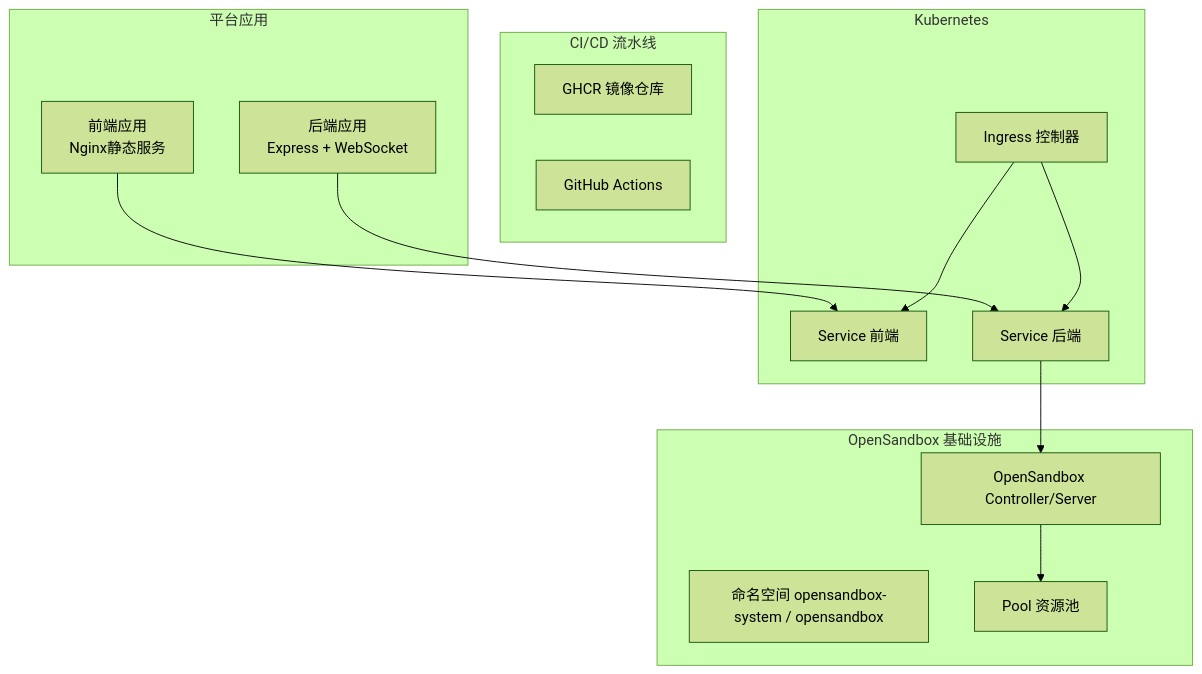
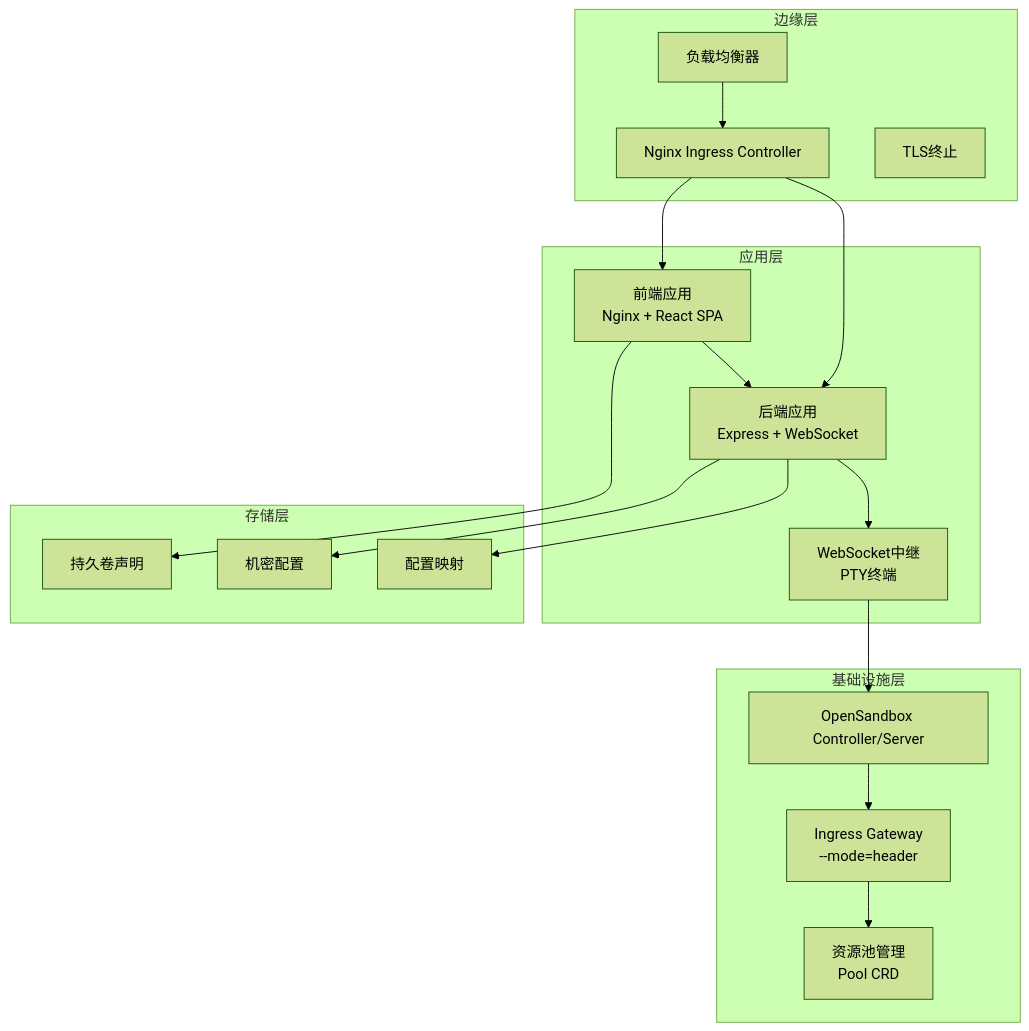
One commit to RabbitAI-Lab/Sandbox-Manager changed the first of 4 diagrams in .qoder/repowiki/zh/content/部署与运维/部署与运维.md. Above: the diagram before and after it, drawn with Mermaid (forest theme). The commit also changed other lines of this file and 15 other files, not shown here.

````diff
--- a/.qoder/repowiki/zh/content/部署与运维/部署与运维.md
+++ b/.qoder/repowiki/zh/content/部署与运维/部署与运维.md
@@ -61,27 +54,34 @@
 ```mermaid
 graph TB
-subgraph "CI/CD 流水线"
-GHCR["GHCR 镜像仓库"]
-GA["GitHub Actions"]
+subgraph "边缘层"
+LB["负载均衡器"]
+Ingress["Nginx Ingress Controller"]
+TLS["TLS终止"]
 end
-subgraph "平台应用"
-FE["前端应用<br/>Nginx静态服务"]
+subgraph "应用层"
+FE["前端应用<br/>Nginx + React SPA"]
 BE["后端应用<br/>Express + WebSocket"]
+WS["WebSocket中继<br/>PTY终端"]
 end
-subgraph "Kubernetes"
-SVC_FE["Service 前端"]
-SVC_BE["Service 后端"]
-ING["Ingress 控制器"]
+subgraph "基础设施层"
+OSB["OpenSandbox Controller/Server"]
+Gateway["Ingress Gateway<br/>--mode=header"]
+Pool["资源池管理<br/>Pool CRD"]
 end
-subgraph "OpenSandbox 基础设施"
-OSB_NS["命名空间 opensandbox-system / opensandbox"]
-OSB_CTRL["OpenSandbox Controller/Server"]
-POOL["Pool 资源池"]
+subgraph "存储层"
+PVC["持久卷声明"]
+Secret["机密配置"]
+ConfigMap["配置映射"]
 end
-FE --> SVC_FE
-BE --> SVC_BE
-ING --> SVC_FE
-ING --> SVC_BE
-SVC_BE --> OSB_CTRL
-OSB_CTRL --> POOL
+LB --> Ingress
+Ingress --> FE
+Ingress --> BE
+FE --> BE
+BE --> WS
+WS --> OSB
+OSB --> Gateway
+Gateway --> Pool
+BE --> Secret
+BE --> ConfigMap
+FE --> PVC
 ```
````
